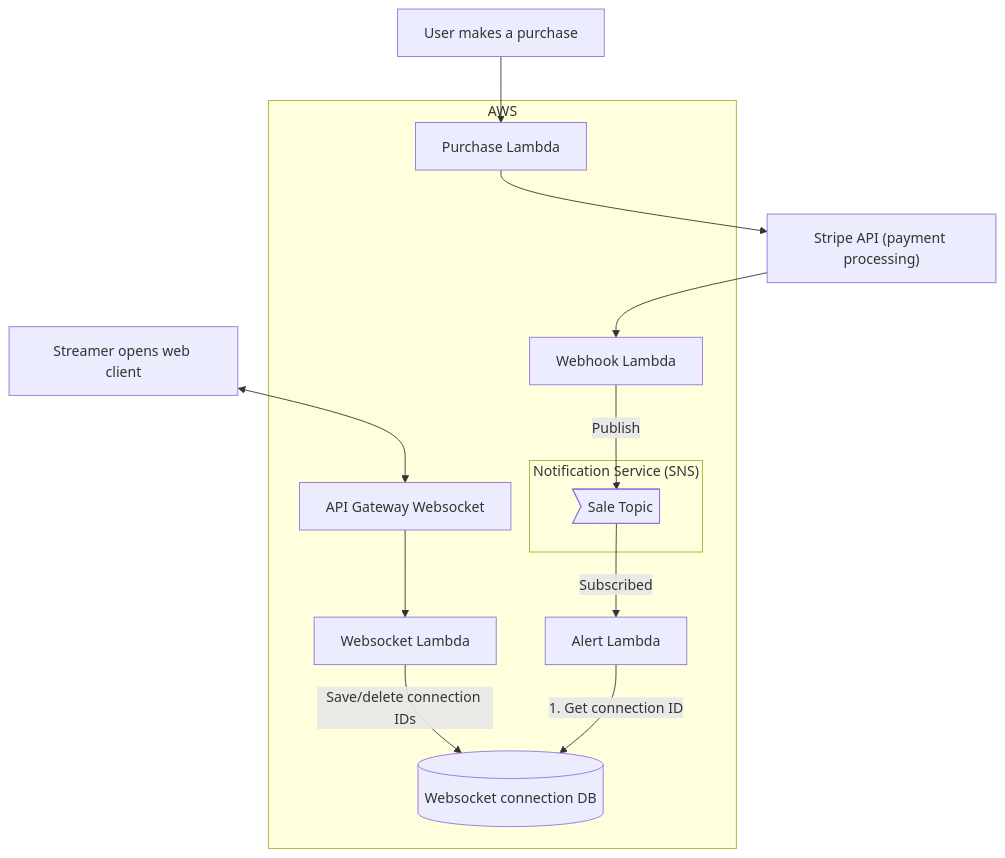
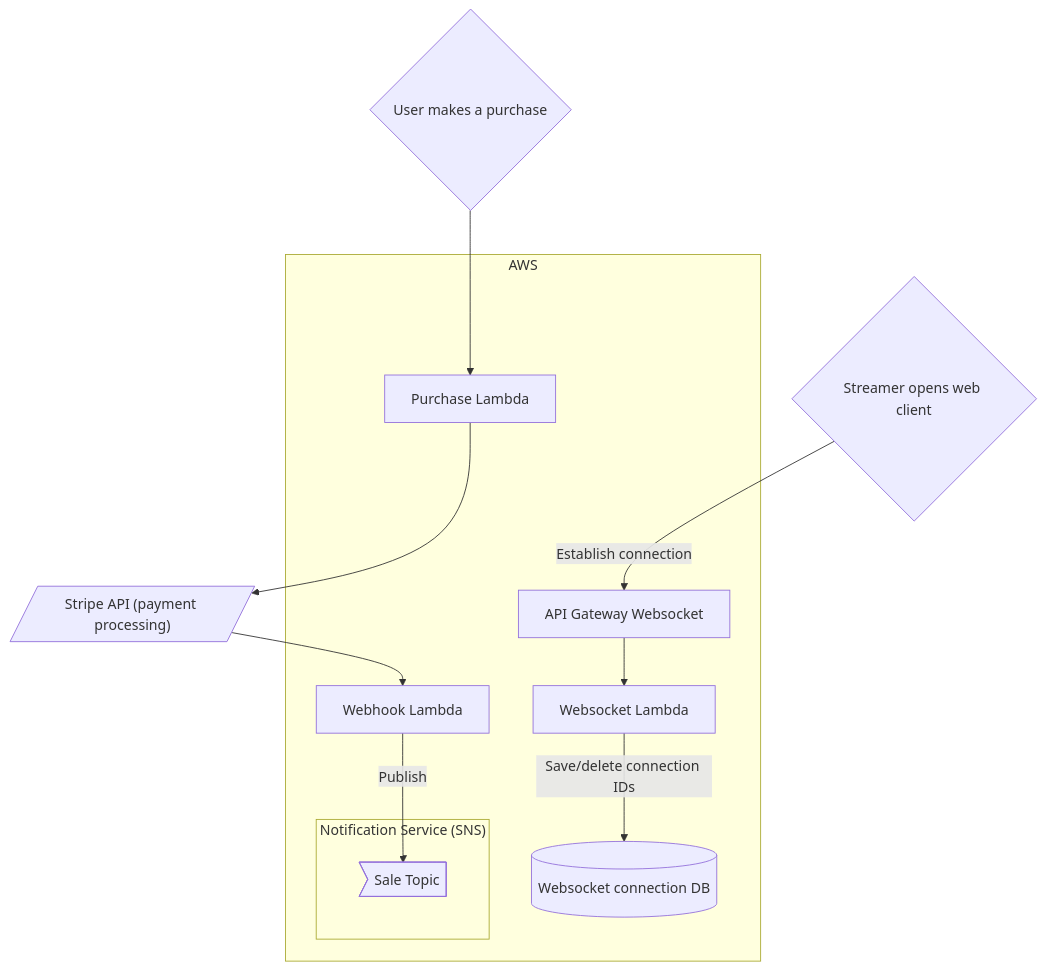
Before and after one commit to erkdong/erkdong.github.io: the second of 3 diagrams in README.md, drawn with Mermaid. The commit also changed other lines of this file and 1 other file, not shown here.

````diff
--- a/README.md
+++ b/README.md
@@ -60,27 +65,23 @@
 ```mermaid
 graph TD;
   subgraph aws [AWS]
     pl[Purchase Lambda]
     wh[Webhook Lambda]
     apig[API Gateway Websocket]
     webl[Websocket Lambda]
     webdb[(Websocket connection DB)]
-    sub[Alert Lambda]
 
     subgraph sns ["Notification Service (SNS)"]
       alert>Sale Topic]
     end
   end
 
-  user[User makes a purchase] --> pl
-  pl --> stripe["Stripe API (payment processing)"]
+  user{User makes a purchase} --> pl
+  pl --> stripe[/"Stripe API (payment processing)"/]
   stripe --> wh
   wh -- Publish --> alert
 
-  streamer[Streamer opens web client] <--> apig
+  streamer{Streamer opens web client} -- Establish connection --> apig
   apig --> webl
   webl -- Save/delete connection IDs --> webdb
-
-  alert -- Subscribed --> sub
-  sub --> |"1. Get connection ID"| webdb
 ```
````
